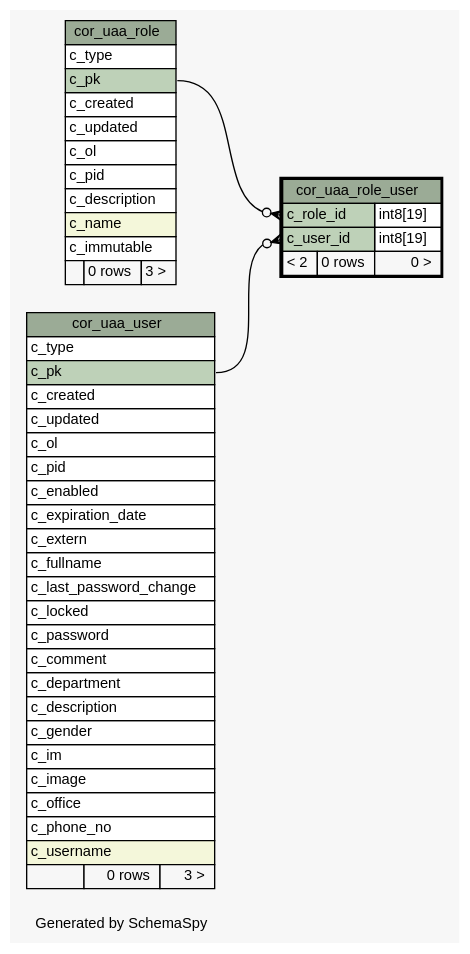
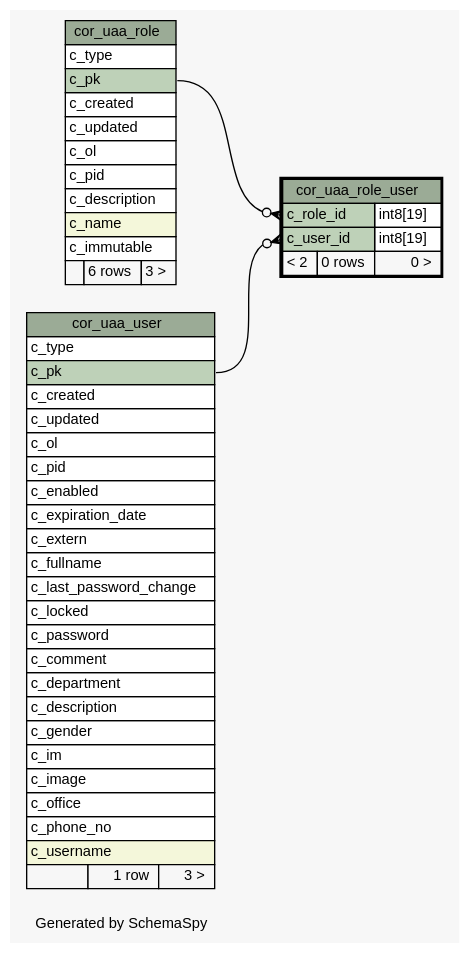
Before and after one commit to openwms/org.openwms.core.uaa: the diagram in 1.1.0-SNAPSHOT/schemaspy/diagrams/cor_uaa_role_user.1degree.dot, drawn with Graphviz. The commit also changed 240 other files, not shown here.

```diff
--- a/1.1.0-SNAPSHOT/schemaspy/diagrams/cor_uaa_role_user.1degree.dot
+++ b/1.1.0-SNAPSHOT/schemaspy/diagrams/cor_uaa_role_user.1degree.dot
@@ -1,84 +1,84 @@
-// dot 2.43.0 on Linux 5.4.0-1039-azure
+// dot 2.43.0 on Linux 5.4.0-1043-azure
 // SchemaSpy rev Unknown
 digraph "oneDegreeRelationshipsDiagram" {
   graph [
     rankdir="RL"
     bgcolor="#f7f7f7"
     label="\nGenerated by SchemaSpy"
     labeljust="l"
     nodesep="0.18"
     ranksep="0.46"
     fontname="Helvetica"
     fontsize="11"
   ];
   node [
     fontname="Helvetica"
     fontsize="11"
     shape="plaintext"
   ];
   edge [
     arrowsize="0.8"
   ];
   "cor_uaa_role_user":"c_role_id":w -> "cor_uaa_role":"c_pk":e [arrowhead=none dir=back arrowtail=crowodot];
   "cor_uaa_role_user":"c_user_id":w -> "cor_uaa_user":"c_pk":e [arrowhead=none dir=back arrowtail=crowodot];
   "cor_uaa_role" [
     label=<
     <TABLE BORDER="0" CELLBORDER="1" CELLSPACING="0" BGCOLOR="#ffffff">
       <TR><TD COLSPAN="3" BGCOLOR="#9bab96" ALIGN="CENTER">cor_uaa_role</TD></TR>
       <TR><TD PORT="c_type" COLSPAN="3" ALIGN="LEFT">c_type</TD></TR>
       <TR><TD PORT="c_pk" COLSPAN="3" BGCOLOR="#bed1b8" ALIGN="LEFT">c_pk</TD></TR>
       <TR><TD PORT="c_created" COLSPAN="3" ALIGN="LEFT">c_created</TD></TR>
       <TR><TD PORT="c_updated" COLSPAN="3" ALIGN="LEFT">c_updated</TD></TR>
       <TR><TD PORT="c_ol" COLSPAN="3" ALIGN="LEFT">c_ol</TD></TR>
       <TR><TD PORT="c_pid" COLSPAN="3" ALIGN="LEFT">c_pid</TD></TR>
       <TR><TD PORT="c_description" COLSPAN="3" ALIGN="LEFT">c_description</TD></TR>
       <TR><TD PORT="c_name" COLSPAN="3" BGCOLOR="#f4f7da" ALIGN="LEFT">c_name</TD></TR>
       <TR><TD PORT="c_immutable" COLSPAN="3" ALIGN="LEFT">c_immutable</TD></TR>
-      <TR><TD ALIGN="LEFT" BGCOLOR="#f7f7f7">  </TD><TD ALIGN="RIGHT" BGCOLOR="#f7f7f7">0 rows</TD><TD ALIGN="RIGHT" BGCOLOR="#f7f7f7">3 &gt;</TD></TR>
+      <TR><TD ALIGN="LEFT" BGCOLOR="#f7f7f7">  </TD><TD ALIGN="RIGHT" BGCOLOR="#f7f7f7">6 rows</TD><TD ALIGN="RIGHT" BGCOLOR="#f7f7f7">3 &gt;</TD></TR>
     </TABLE>>
     URL="cor_uaa_role.html"
     tooltip="cor_uaa_role"
   ];
   "cor_uaa_role_user" [
     label=<
     <TABLE BORDER="2" CELLBORDER="1" CELLSPACING="0" BGCOLOR="#ffffff">
       <TR><TD COLSPAN="3" BGCOLOR="#9bab96" ALIGN="CENTER">cor_uaa_role_user</TD></TR>
       <TR><TD PORT="c_role_id" COLSPAN="2" BGCOLOR="#bed1b8" ALIGN="LEFT">c_role_id</TD><TD PORT="c_role_id.type" ALIGN="LEFT">int8[19]</TD></TR>
       <TR><TD PORT="c_user_id" COLSPAN="2" BGCOLOR="#bed1b8" ALIGN="LEFT">c_user_id</TD><TD PORT="c_user_id.type" ALIGN="LEFT">int8[19]</TD></TR>
       <TR><TD ALIGN="LEFT" BGCOLOR="#f7f7f7">&lt; 2</TD><TD ALIGN="RIGHT" BGCOLOR="#f7f7f7">0 rows</TD><TD ALIGN="RIGHT" BGCOLOR="#f7f7f7">0 &gt;</TD></TR>
     </TABLE>>
     URL="cor_uaa_role_user.html"
     tooltip="cor_uaa_role_user"
   ];
   "cor_uaa_user" [
     label=<
     <TABLE BORDER="0" CELLBORDER="1" CELLSPACING="0" BGCOLOR="#ffffff">
       <TR><TD COLSPAN="3" BGCOLOR="#9bab96" ALIGN="CENTER">cor_uaa_user</TD></TR>
       <TR><TD PORT="c_type" COLSPAN="3" ALIGN="LEFT">c_type</TD></TR>
       <TR><TD PORT="c_pk" COLSPAN="3" BGCOLOR="#bed1b8" ALIGN="LEFT">c_pk</TD></TR>
       <TR><TD PORT="c_created" COLSPAN="3" ALIGN="LEFT">c_created</TD></TR>
       <TR><TD PORT="c_updated" COLSPAN="3" ALIGN="LEFT">c_updated</TD></TR>
       <TR><TD PORT="c_ol" COLSPAN="3" ALIGN="LEFT">c_ol</TD></TR>
       <TR><TD PORT="c_pid" COLSPAN="3" ALIGN="LEFT">c_pid</TD></TR>
       <TR><TD PORT="c_enabled" COLSPAN="3" ALIGN="LEFT">c_enabled</TD></TR>
       <TR><TD PORT="c_expiration_date" COLSPAN="3" ALIGN="LEFT">c_expiration_date</TD></TR>
       <TR><TD PORT="c_extern" COLSPAN="3" ALIGN="LEFT">c_extern</TD></TR>
       <TR><TD PORT="c_fullname" COLSPAN="3" ALIGN="LEFT">c_fullname</TD></TR>
       <TR><TD PORT="c_last_password_change" COLSPAN="3" ALIGN="LEFT">c_last_password_change</TD></TR>
       <TR><TD PORT="c_locked" COLSPAN="3" ALIGN="LEFT">c_locked</TD></TR>
       <TR><TD PORT="c_password" COLSPAN="3" ALIGN="LEFT">c_password</TD></TR>
       <TR><TD PORT="c_comment" COLSPAN="3" ALIGN="LEFT">c_comment</TD></TR>
       <TR><TD PORT="c_department" COLSPAN="3" ALIGN="LEFT">c_department</TD></TR>
       <TR><TD PORT="c_description" COLSPAN="3" ALIGN="LEFT">c_description</TD></TR>
       <TR><TD PORT="c_gender" COLSPAN="3" ALIGN="LEFT">c_gender</TD></TR>
       <TR><TD PORT="c_im" COLSPAN="3" ALIGN="LEFT">c_im</TD></TR>
       <TR><TD PORT="c_image" COLSPAN="3" ALIGN="LEFT">c_image</TD></TR>
       <TR><TD PORT="c_office" COLSPAN="3" ALIGN="LEFT">c_office</TD></TR>
       <TR><TD PORT="c_phone_no" COLSPAN="3" ALIGN="LEFT">c_phone_no</TD></TR>
       <TR><TD PORT="c_username" COLSPAN="3" BGCOLOR="#f4f7da" ALIGN="LEFT">c_username</TD></TR>
-      <TR><TD ALIGN="LEFT" BGCOLOR="#f7f7f7">  </TD><TD ALIGN="RIGHT" BGCOLOR="#f7f7f7">0 rows</TD><TD ALIGN="RIGHT" BGCOLOR="#f7f7f7">3 &gt;</TD></TR>
+      <TR><TD ALIGN="LEFT" BGCOLOR="#f7f7f7">  </TD><TD ALIGN="RIGHT" BGCOLOR="#f7f7f7">1 row</TD><TD ALIGN="RIGHT" BGCOLOR="#f7f7f7">3 &gt;</TD></TR>
     </TABLE>>
     URL="cor_uaa_user.html"
     tooltip="cor_uaa_user"
   ];
 }
```
